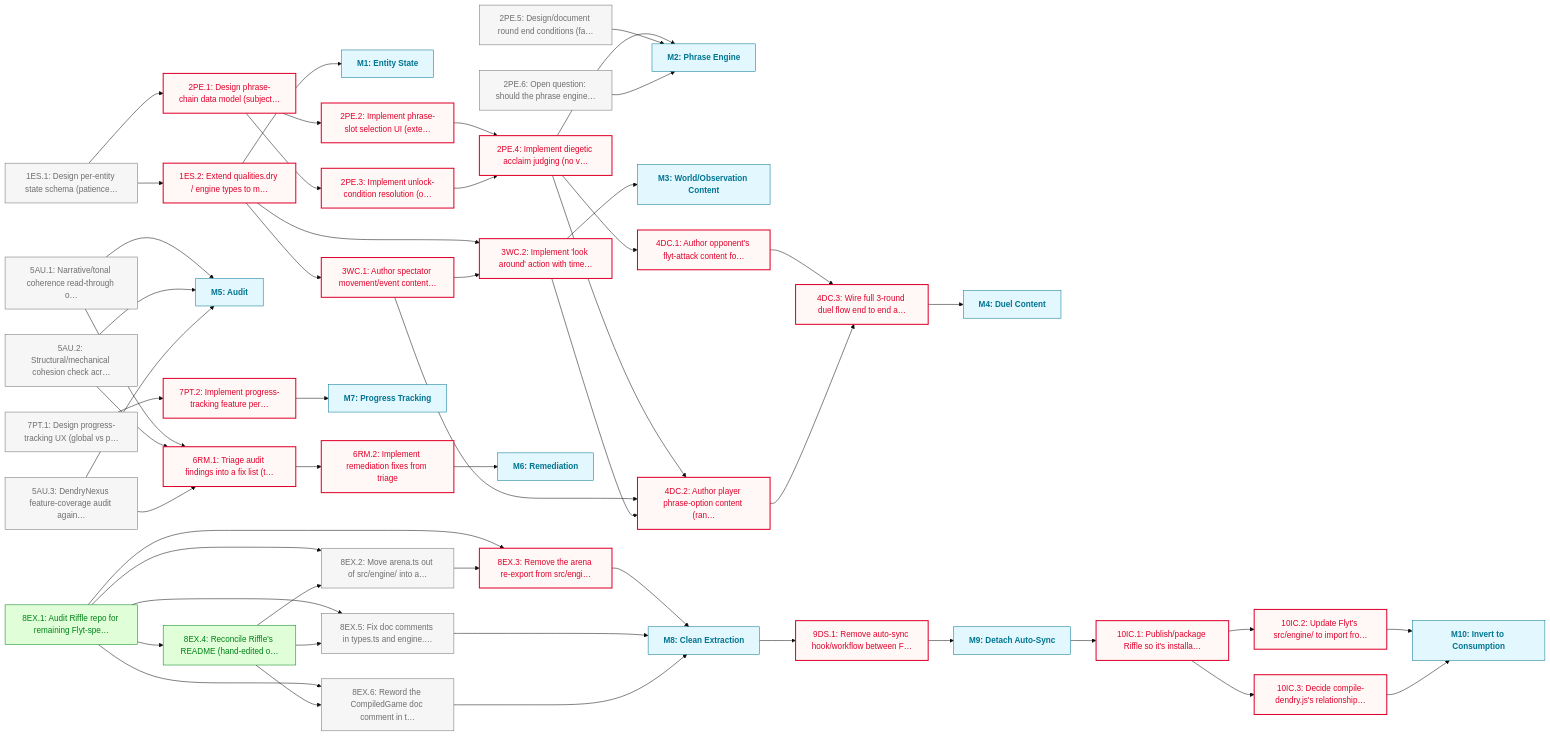
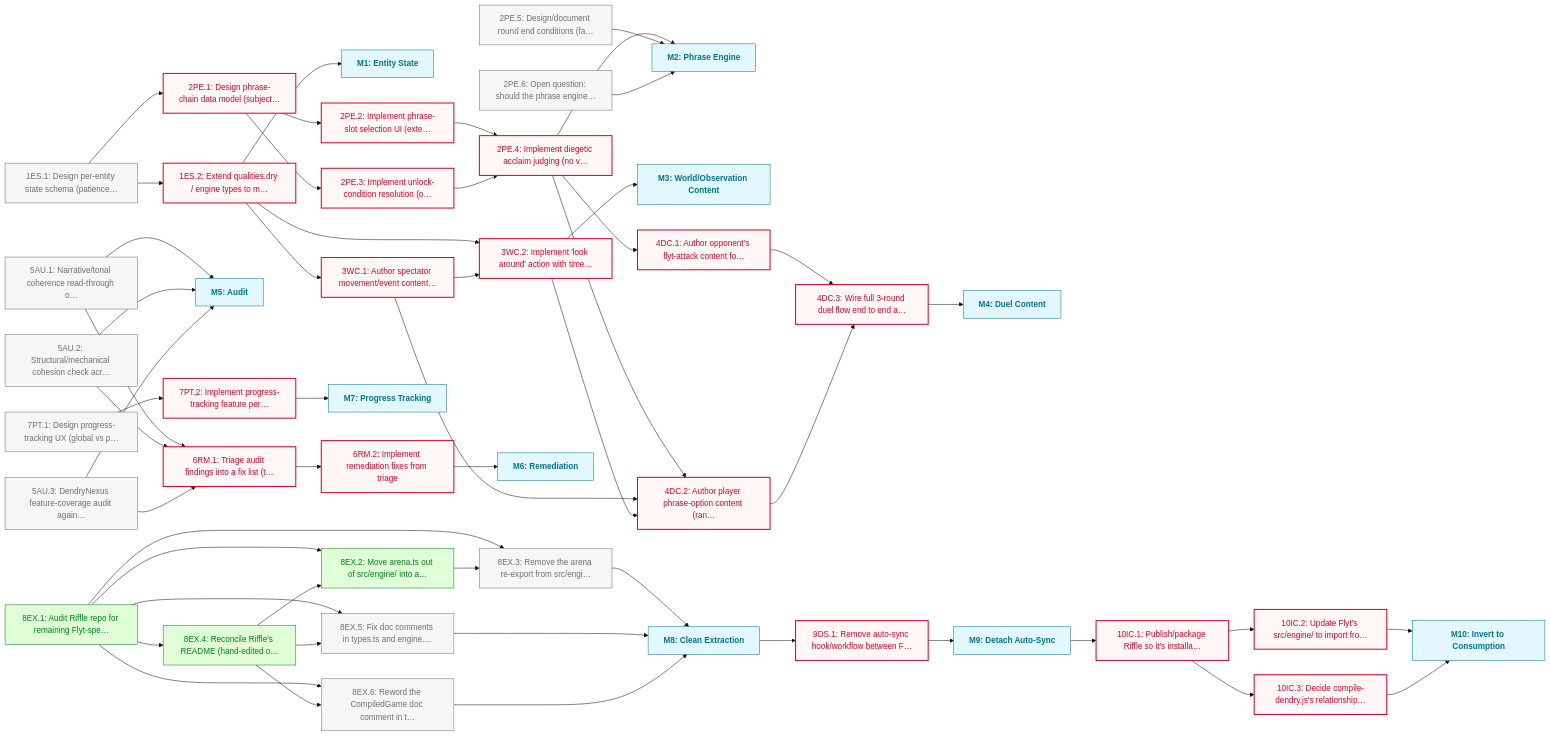
One commit to JasonWarrenUK/flyt changed the diagram in docs/roadmaps/FOUNDATIONS.md. Above: the diagram before and after it, drawn with Mermaid (base theme). The commit also changed other lines of this file and 2 other files, not shown here.

Commit message:
chore(roadmap): mark 8EX.2 done and unblock 8EX.3
Recompute cascades the arena move: 8EX.3 (remove the barrel re-export)
is now todo. End date stamped; PHASE file, Mermaid diagram and HTML
dashboard regenerated.

````diff
--- a/docs/roadmaps/FOUNDATIONS.md
+++ b/docs/roadmaps/FOUNDATIONS.md
@@ -219,7 +219,7 @@
 	10IC.1 --> 10IC.3
 	10IC.2 --> M10
 	10IC.3 --> M10
-	class 1ES.1,2PE.5,2PE.6,5AU.1,5AU.2,5AU.3,7PT.1,8EX.2,8EX.5,8EX.6 todo
-	class 10IC.1,10IC.2,10IC.3,1ES.2,2PE.1,2PE.2,2PE.3,2PE.4,3WC.1,3WC.2,4DC.1,4DC.2,4DC.3,6RM.1,6RM.2,7PT.2,8EX.3,9DS.1 blocked
-	class 8EX.1,8EX.4 done
+	class 1ES.1,2PE.5,2PE.6,5AU.1,5AU.2,5AU.3,7PT.1,8EX.3,8EX.5,8EX.6 todo
+	class 10IC.1,10IC.2,10IC.3,1ES.2,2PE.1,2PE.2,2PE.3,2PE.4,3WC.1,3WC.2,4DC.1,4DC.2,4DC.3,6RM.1,6RM.2,7PT.2,9DS.1 blocked
+	class 8EX.1,8EX.2,8EX.4 done
 ```
````
